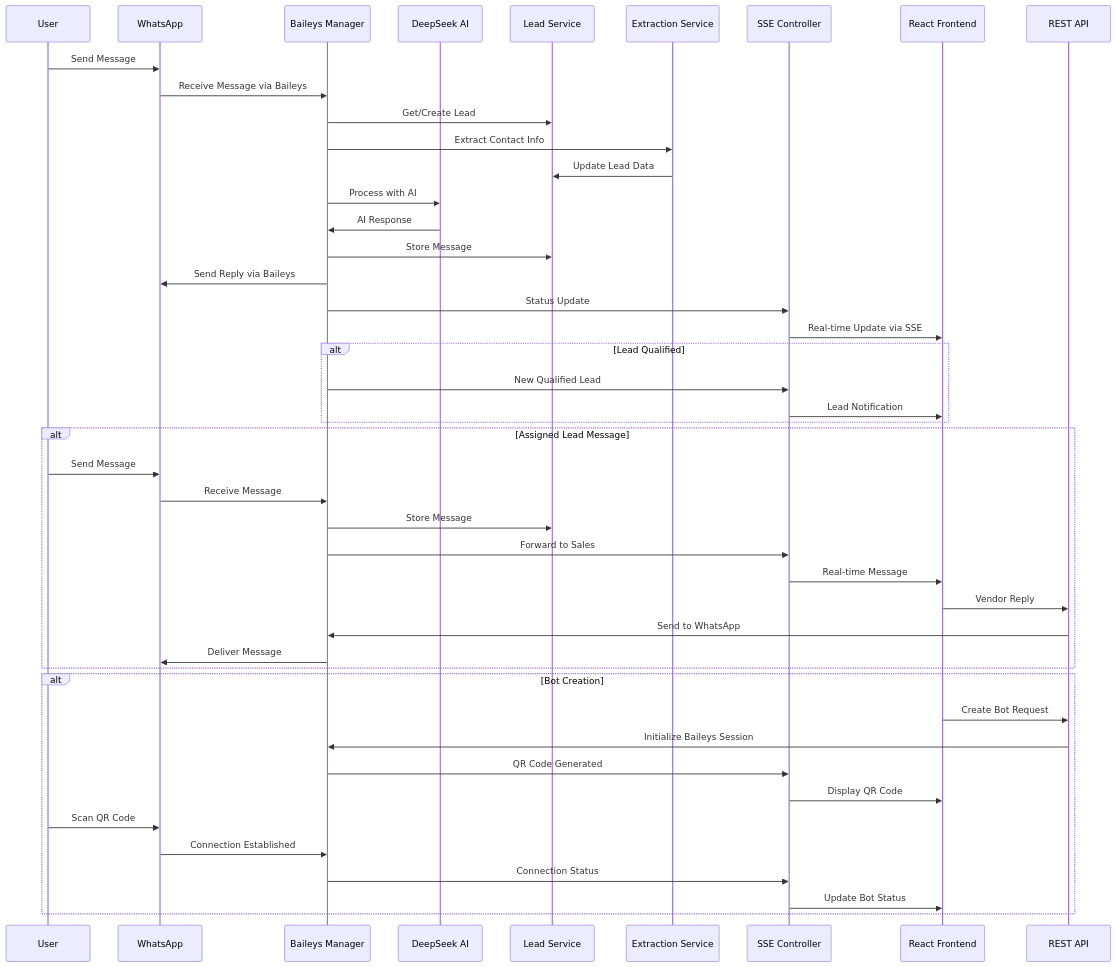
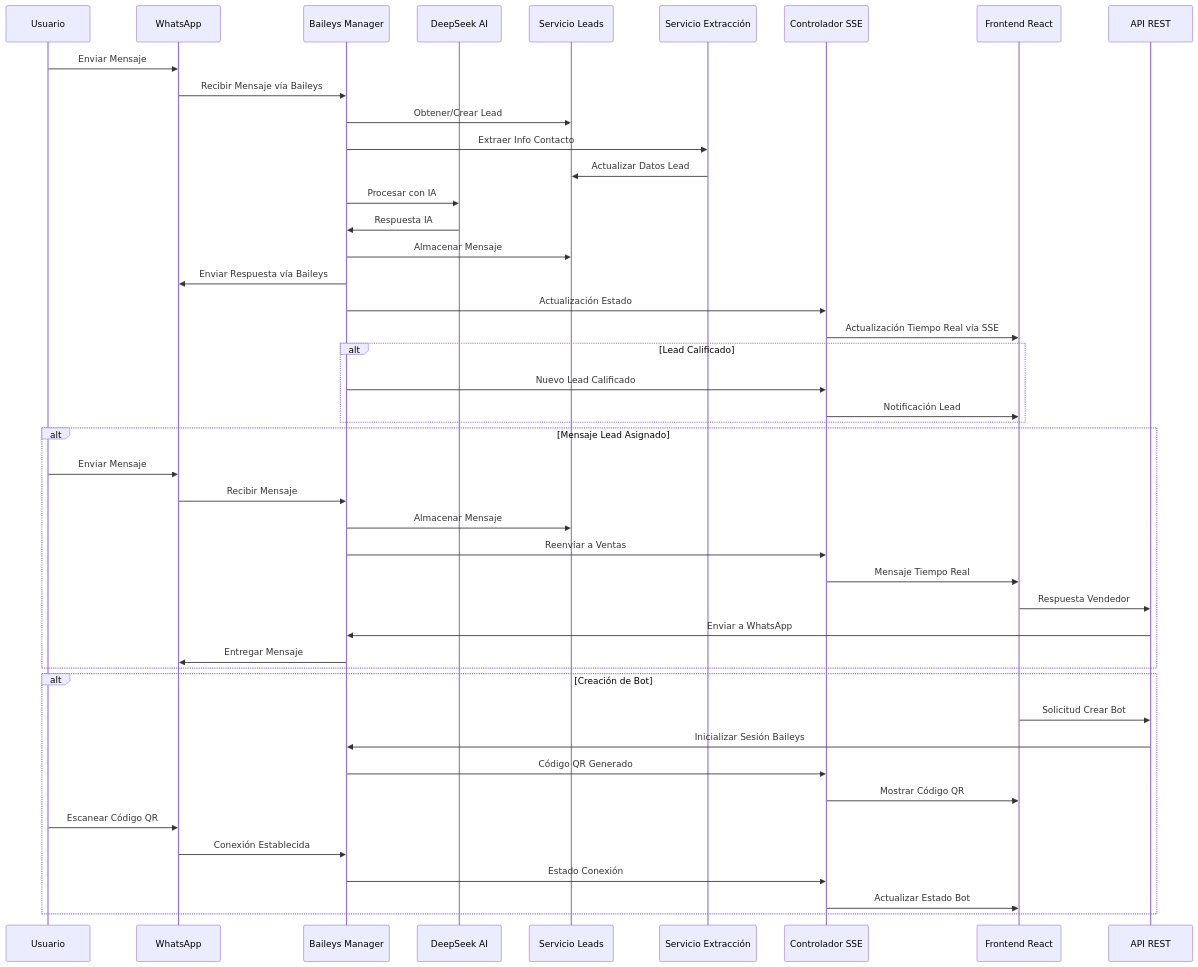
The third of 3 diagrams in docs/ARCHITECTURE.md (da4vid864/bots), drawn with Mermaid before and after one commit. The commit also changed other lines of this file and 46 other files, not shown here.

````diff
--- a/docs/ARCHITECTURE.md
+++ b/docs/ARCHITECTURE.md
@@ -233,51 +235,51 @@
 ```mermaid
 sequenceDiagram
-    participant U as User
+    participant U as Usuario
     participant WA as WhatsApp
     participant BM as Baileys Manager
     participant DS as DeepSeek AI
-    participant LD as Lead Service
-    participant EX as Extraction Service
-    participant SSE as SSE Controller
-    participant REACT as React Frontend
-    participant API as REST API
+    participant LD as Servicio Leads
+    participant EX as Servicio Extracción
+    participant SSE as Controlador SSE
+    participant REACT as Frontend React
+    participant API as API REST
 
-    U->>WA: Send Message
-    WA->>BM: Receive Message via Baileys
-    BM->>LD: Get/Create Lead
-    BM->>EX: Extract Contact Info
-    EX->>LD: Update Lead Data
-    BM->>DS: Process with AI
-    DS->>BM: AI Response
-    BM->>LD: Store Message
-    BM->>WA: Send Reply via Baileys
-    BM->>SSE: Status Update
-    SSE->>REACT: Real-time Update via SSE
+    U->>WA: Enviar Mensaje
+    WA->>BM: Recibir Mensaje vía Baileys
+    BM->>LD: Obtener/Crear Lead
+    BM->>EX: Extraer Info Contacto
+    EX->>LD: Actualizar Datos Lead
+    BM->>DS: Procesar con IA
+    DS->>BM: Respuesta IA
+    BM->>LD: Almacenar Mensaje
+    BM->>WA: Enviar Respuesta vía Baileys
+    BM->>SSE: Actualización Estado
+    SSE->>REACT: Actualización Tiempo Real vía SSE
     
-    alt Lead Qualified
-        BM->>SSE: New Qualified Lead
-        SSE->>REACT: Lead Notification
+    alt Lead Calificado
+        BM->>SSE: Nuevo Lead Calificado
+        SSE->>REACT: Notificación Lead
     end
     
-    alt Assigned Lead Message
-        U->>WA: Send Message
-        WA->>BM: Receive Message
-        BM->>LD: Store Message
-        BM->>SSE: Forward to Sales
-        SSE->>REACT: Real-time Message
-        REACT->>API: Vendor Reply
-        API->>BM: Send to WhatsApp
-        BM->>WA: Deliver Message
+    alt Mensaje Lead Asignado
+        U->>WA: Enviar Mensaje
+        WA->>BM: Recibir Mensaje
+        BM->>LD: Almacenar Mensaje
+        BM->>SSE: Reenviar a Ventas
+        SSE->>REACT: Mensaje Tiempo Real
+        REACT->>API: Respuesta Vendedor
+        API->>BM: Enviar a WhatsApp
+        BM->>WA: Entregar Mensaje
     end
     
-    alt Bot Creation
-        REACT->>API: Create Bot Request
-        API->>BM: Initialize Baileys Session
-        BM->>SSE: QR Code Generated
-        SSE->>REACT: Display QR Code
-        U->>WA: Scan QR Code
-        WA->>BM: Connection Established
-        BM->>SSE: Connection Status
-        SSE->>REACT: Update Bot Status
+    alt Creación de Bot
+        REACT->>API: Solicitud Crear Bot
+        API->>BM: Inicializar Sesión Baileys
+        BM->>SSE: Código QR Generado
+        SSE->>REACT: Mostrar Código QR
+        U->>WA: Escanear Código QR
+        WA->>BM: Conexión Establecida
+        BM->>SSE: Estado Conexión
+        SSE->>REACT: Actualizar Estado Bot
     end
 ```
````
